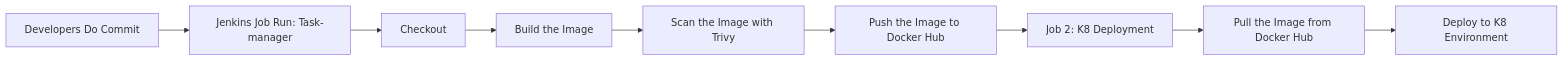
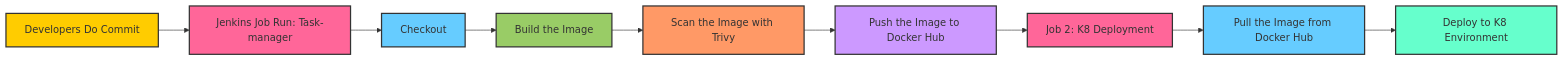
One commit to ssanthosh2k3/task-manager changed the diagram in README.md. Above: the diagram before and after it, drawn with Mermaid.

````diff
--- a/README.md
+++ b/README.md
@@ -28,11 +28,29 @@
 ```mermaid
 flowchart LR;
     A[Developers Do Commit] --> B[Jenkins Job Run: Task-manager];
     B --> C[Checkout];
     C --> D[Build the Image];
     D --> E[Scan the Image with Trivy];
     E --> F[Push the Image to Docker Hub];
     F --> G[Job 2: K8 Deployment];
     G --> H[Pull the Image from Docker Hub];
     H --> I[Deploy to K8 Environment];
+
+    classDef commitStyle fill:#ffcc00,stroke:#333,stroke-width:2px;
+    classDef jobStyle fill:#ff6699,stroke:#333,stroke-width:2px;
+    classDef checkoutStyle fill:#66ccff,stroke:#333,stroke-width:2px;
+    classDef buildStyle fill:#99cc66,stroke:#333,stroke-width:2px;
+    classDef scanStyle fill:#ff9966,stroke:#333,stroke-width:2px;
+    classDef pushStyle fill:#cc99ff,stroke:#333,stroke-width:2px;
+    classDef deployStyle fill:#66ffcc,stroke:#333,stroke-width:2px;
+
+    class A commitStyle;
+    class B jobStyle;
+    class C checkoutStyle;
+    class D buildStyle;
+    class E scanStyle;
+    class F pushStyle;
+    class G jobStyle;
+    class H checkoutStyle;
+    class I deployStyle;
 ```
````
